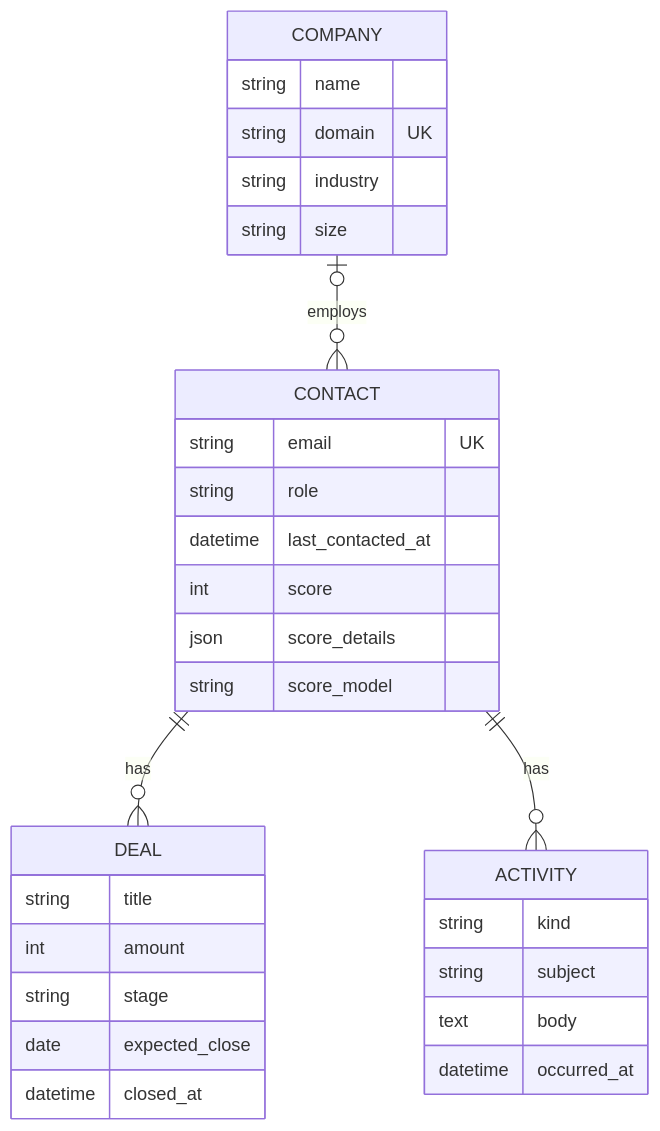
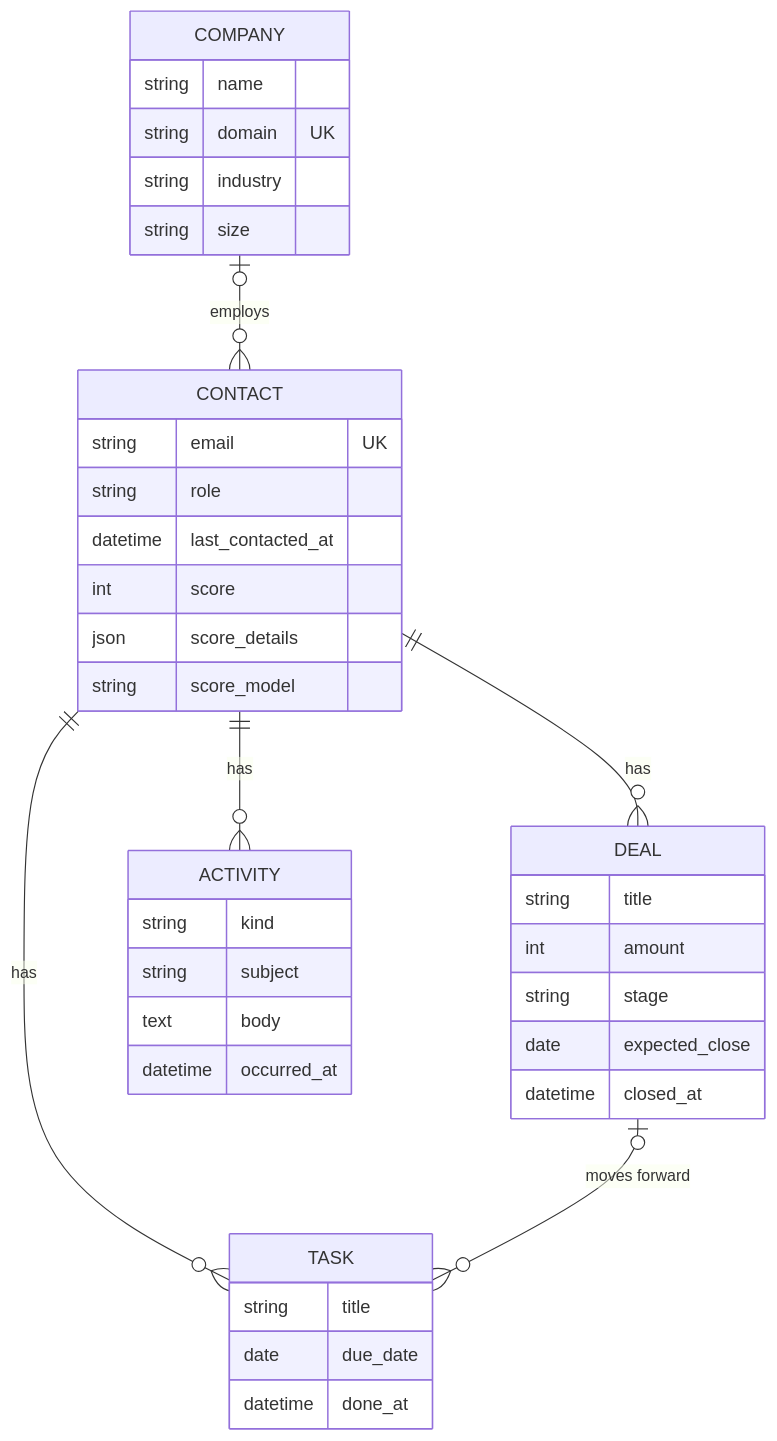
One commit to BrahimNJ/LeadPilot changed the second of 4 diagrams in docs/how-it-works.md. Above: the diagram before and after it, drawn with Mermaid. The commit also changed other lines of this file and 1 other file, not shown here.

Commit message:
docs: tasks in the data model and the feature list

````diff
--- a/docs/how-it-works.md
+++ b/docs/how-it-works.md
@@ -50,33 +50,40 @@
 ```mermaid
 erDiagram
     COMPANY |o--o{ CONTACT : employs
     CONTACT ||--o{ DEAL : has
     CONTACT ||--o{ ACTIVITY : has
+    CONTACT ||--o{ TASK : has
+    DEAL |o--o{ TASK : "moves forward"
     COMPANY {
         string name
         string domain UK
         string industry
         string size
     }
     CONTACT {
         string email UK
         string role
         datetime last_contacted_at
         int score
         json score_details
         string score_model
     }
     DEAL {
         string title
         int amount
         string stage
         date expected_close
         datetime closed_at
     }
     ACTIVITY {
         string kind
         string subject
         text body
         datetime occurred_at
     }
+    TASK {
+        string title
+        date due_date
+        datetime done_at
+    }
 ```
````
